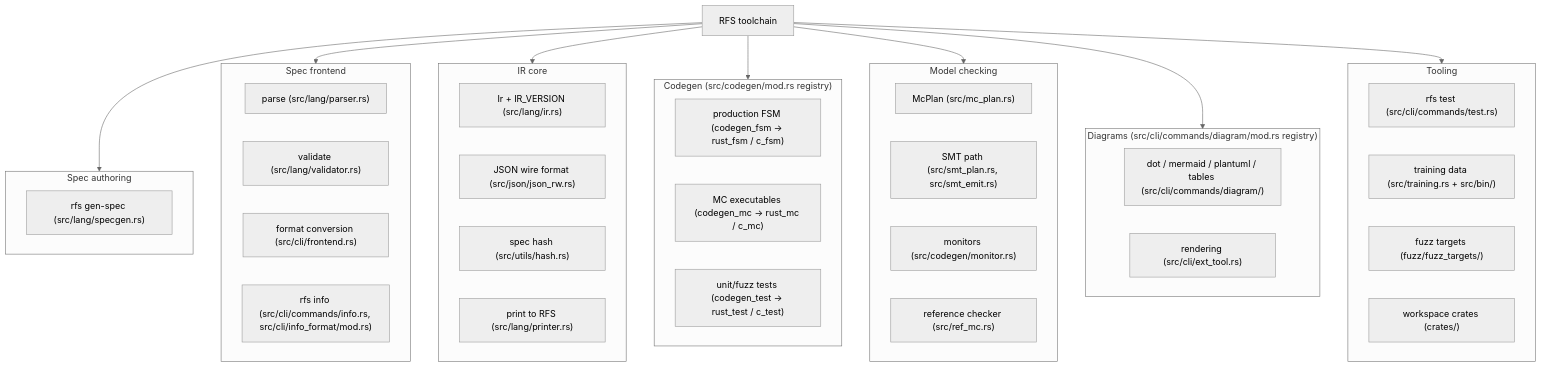
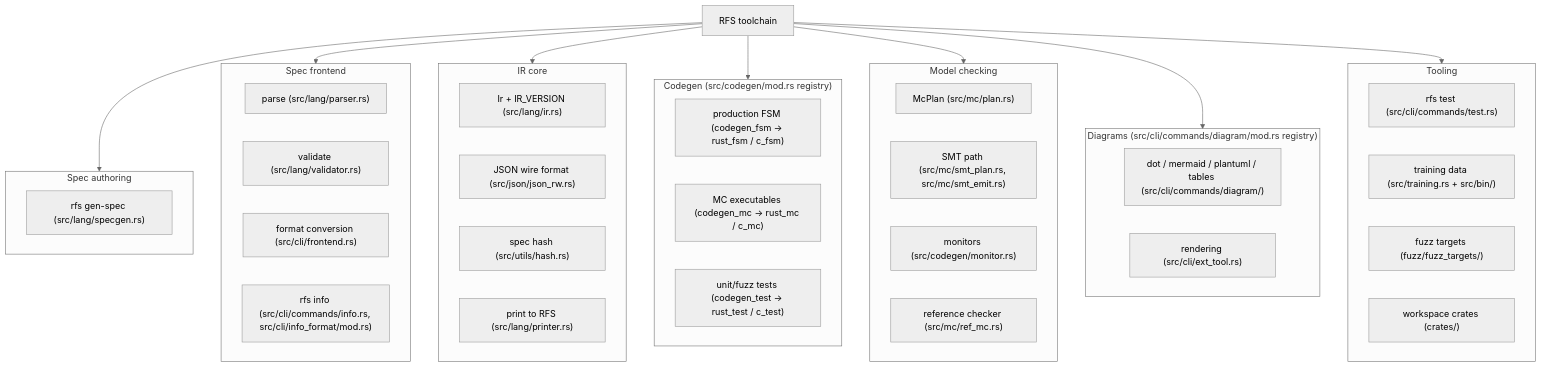
The second of 2 diagrams in docs/dev/ARCHITECTURE.md (vasil-sd/RFS), drawn with Mermaid (neutral theme) before and after one commit. The commit also changed other lines of this file and 47 other files, not shown here.

````diff
--- a/docs/dev/ARCHITECTURE.md
+++ b/docs/dev/ARCHITECTURE.md
@@ -114,55 +114,55 @@
 ```mermaid
 flowchart TD
     RFS["RFS toolchain"]
 
     subgraph AUTHOR["Spec authoring"]
         GEN["rfs gen-spec (src/lang/specgen.rs)"]
     end
 
     subgraph FRONT["Spec frontend"]
         PARSE["parse (src/lang/parser.rs)"]
         VALIDATE["validate (src/lang/validator.rs)"]
         CONVERT["format conversion (src/cli/frontend.rs)"]
         INFO["rfs info (src/cli/commands/info.rs, src/cli/info_format/mod.rs)"]
     end
 
     subgraph IRCORE["IR core"]
         IR["Ir + IR_VERSION (src/lang/ir.rs)"]
         JSON["JSON wire format (src/json/json_rw.rs)"]
         HASH["spec hash (src/utils/hash.rs)"]
         PRINT["print to RFS (src/lang/printer.rs)"]
     end
 
     subgraph CODEGEN["Codegen (src/codegen/mod.rs registry)"]
         PROD["production FSM (codegen_fsm -> rust_fsm / c_fsm)"]
         MCBIN["MC executables (codegen_mc -> rust_mc / c_mc)"]
         TESTS["unit/fuzz tests (codegen_test -> rust_test / c_test)"]
     end
 
     subgraph MCENG["Model checking"]
-        PLAN["McPlan (src/mc_plan.rs)"]
-        SMT["SMT path (src/smt_plan.rs, src/smt_emit.rs)"]
+        PLAN["McPlan (src/mc/plan.rs)"]
+        SMT["SMT path (src/mc/smt_plan.rs, src/mc/smt_emit.rs)"]
         MON["monitors (src/codegen/monitor.rs)"]
-        REF["reference checker (src/ref_mc.rs)"]
+        REF["reference checker (src/mc/ref_mc.rs)"]
     end
 
     subgraph DIAGRAMS["Diagrams (src/cli/commands/diagram/mod.rs registry)"]
         FORMATS["dot / mermaid / plantuml / tables (src/cli/commands/diagram/)"]
         RENDER["rendering (src/cli/ext_tool.rs)"]
     end
 
     subgraph TOOLING["Tooling"]
         TESTCMD["rfs test (src/cli/commands/test.rs)"]
         TRAIN["training data (src/training.rs + src/bin/)"]
         FUZZ["fuzz targets (fuzz/fuzz_targets/)"]
         CRATES["workspace crates (crates/)"]
     end
 
     RFS --> AUTHOR
     RFS --> FRONT
     RFS --> IRCORE
     RFS --> CODEGEN
     RFS --> MCENG
     RFS --> DIAGRAMS
     RFS --> TOOLING
 ```
````
